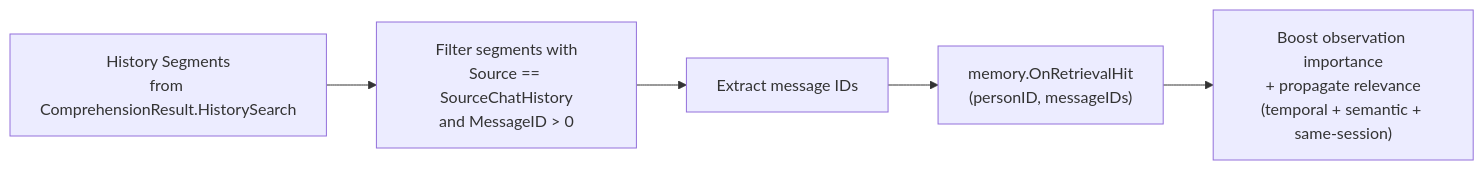
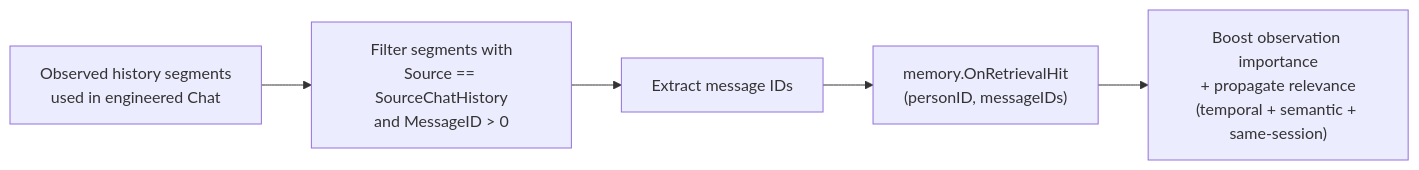
Before and after one commit to KoanJan/qingqiu-world: the ninth of 9 diagrams in doc/engineering_implements/context-engineering-pipeline.md, drawn with Mermaid. The commit also changed other lines of this file and 83 other files, not shown here.

````diff
--- a/doc/engineering_implements/context-engineering-pipeline.md
+++ b/doc/engineering_implements/context-engineering-pipeline.md
@@ -342,7 +345,7 @@
 ```mermaid
 flowchart LR
-    Segments["History Segments<br/>from ComprehensionResult.HistorySearch"] --> Filter["Filter segments with<br/>Source == SourceChatHistory<br/>and MessageID > 0"]
+    Segments["Observed history segments<br/>used in engineered Chat"] --> Filter["Filter segments with<br/>Source == SourceChatHistory<br/>and MessageID > 0"]
     Filter --> MsgIDs["Extract message IDs"]
     MsgIDs --> OnRetrievalHit["memory.OnRetrievalHit<br/>(personID, messageIDs)"]
     OnRetrievalHit --> Boost["Boost observation importance<br/>+ propagate relevance<br/>(temporal + semantic + same-session)"]
 ```
````
